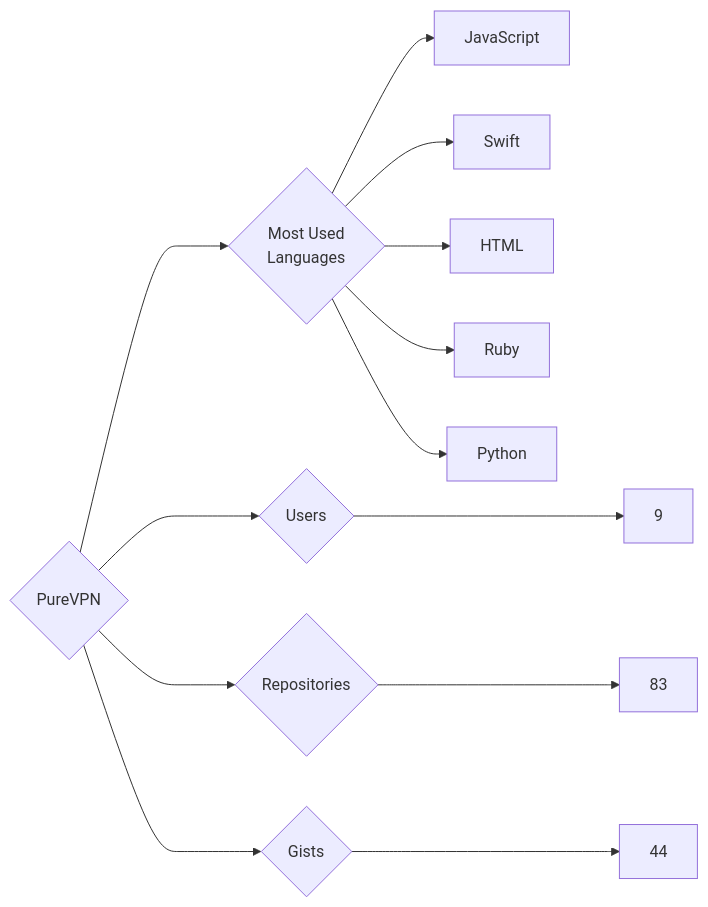
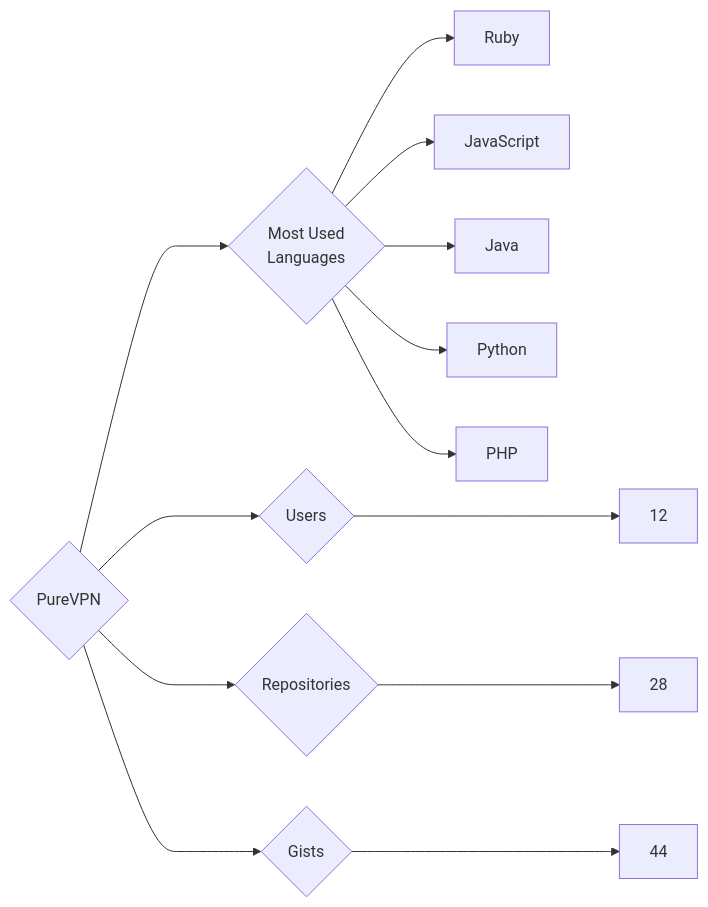
Before and after one commit to trickest/insiders: the diagram in targets/PureVPN/README.md, drawn with Mermaid. The commit also changed 1248 other files, not shown here.

````diff
--- a/targets/PureVPN/README.md
+++ b/targets/PureVPN/README.md
@@ -3,13 +3,13 @@
 ```mermaid
 graph LR
 COMPANY_NAME{PureVPN}
-COMPANY_NAME ---> U{Users} ---> UN[9]
-COMPANY_NAME ---> R{Repositories} ---> RN[83]
+COMPANY_NAME ---> U{Users} ---> UN[12]
+COMPANY_NAME ---> R{Repositories} ---> RN[28]
 COMPANY_NAME ---> G{Gists} ---> GN[44]
 COMPANY_NAME ---> ML{Most Used<br>Languages}
+ML --> Ruby[Ruby]
 ML --> JavaScript[JavaScript]
-ML --> Swift[Swift]
-ML --> HTML[HTML]
-ML --> Ruby[Ruby]
+ML --> Java[Java]
 ML --> Python[Python]
+ML --> PHP[PHP]
 ```
````
